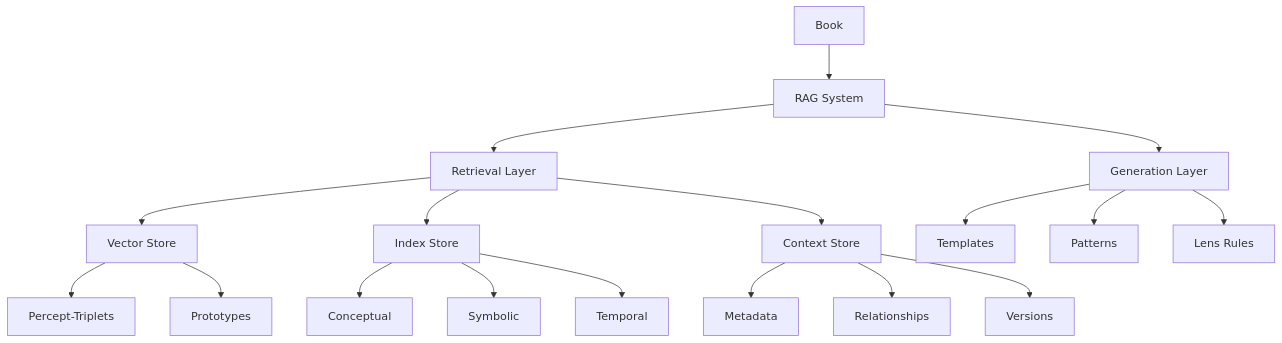
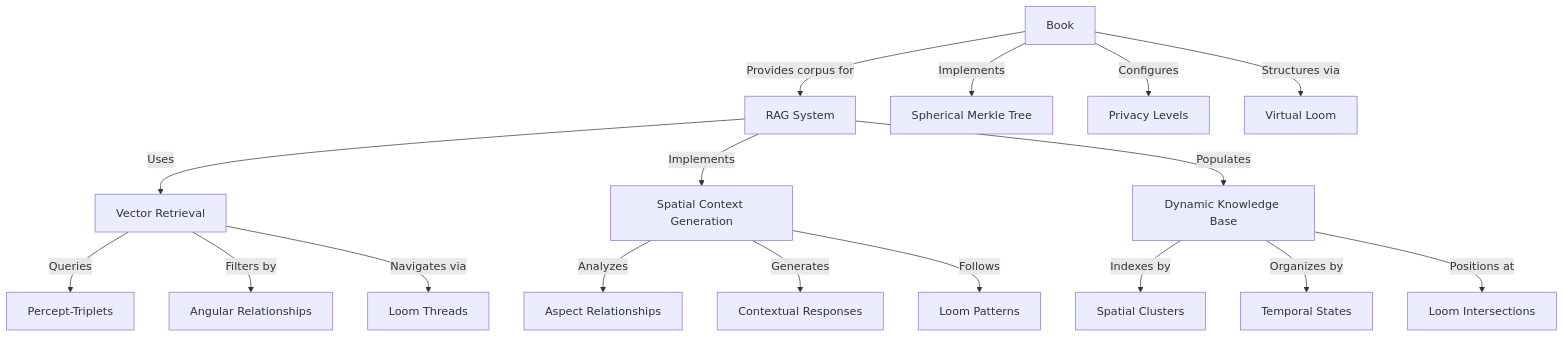
Before and after one commit to heavyblotto/memorativa: the second of 5 diagrams in docs/2. the cybernetic system/memorativa-2-14-books.md, drawn with Mermaid. The commit also changed other lines of this file and 9 other files, not shown here.

````diff
--- a/docs/2. the cybernetic system/memorativa-2-14-books.md
+++ b/docs/2. the cybernetic system/memorativa-2-14-books.md
@@ -136,26 +542,24 @@
 ```mermaid
 graph TD
-    B[Book] --> R[RAG System]
+    B[Book] --> |Provides corpus for| R[RAG System]
     
-    R --> RET[Retrieval Layer]
-    R --> GEN[Generation Layer]
+    R --> |Uses| VR[Vector Retrieval]
+    R --> |Implements| SCG[Spatial Context Generation]
+    R --> |Populates| DKB[Dynamic Knowledge Base]
     
-    RET --> V[Vector Store]
-    RET --> I[Index Store]
-    RET --> C[Context Store]
+    VR --> |Queries| VPT[Percept-Triplets]
+    VR --> |Filters by| AR[Angular Relationships]
+    VR --> |Navigates via| LT[Loom Threads]
     
-    GEN --> T[Templates]
-    GEN --> P[Patterns]
-    GEN --> L[Lens Rules]
+    SCG --> |Analyzes| AS[Aspect Relationships]
+    SCG --> |Generates| CR[Contextual Responses]
+    SCG --> |Follows| LP[Loom Patterns]
     
-    V --> VPT[Percept-Triplets]
-    V --> VP[Prototypes]
+    DKB --> |Indexes by| SC[Spatial Clusters]
+    DKB --> |Organizes by| TS[Temporal States]
+    DKB --> |Positions at| LI[Loom Intersections]
     
-    I --> IC[Conceptual]
-    I --> IS[Symbolic]
-    I --> IT[Temporal]
-    
-    C --> CM[Metadata]
-    C --> CR[Relationships]
-    C --> CV[Versions]
+    B --> |Implements| SMT[Spherical Merkle Tree]
+    B --> |Configures| PL[Privacy Levels]
+    B --> |Structures via| VL[Virtual Loom]
 ```
````
